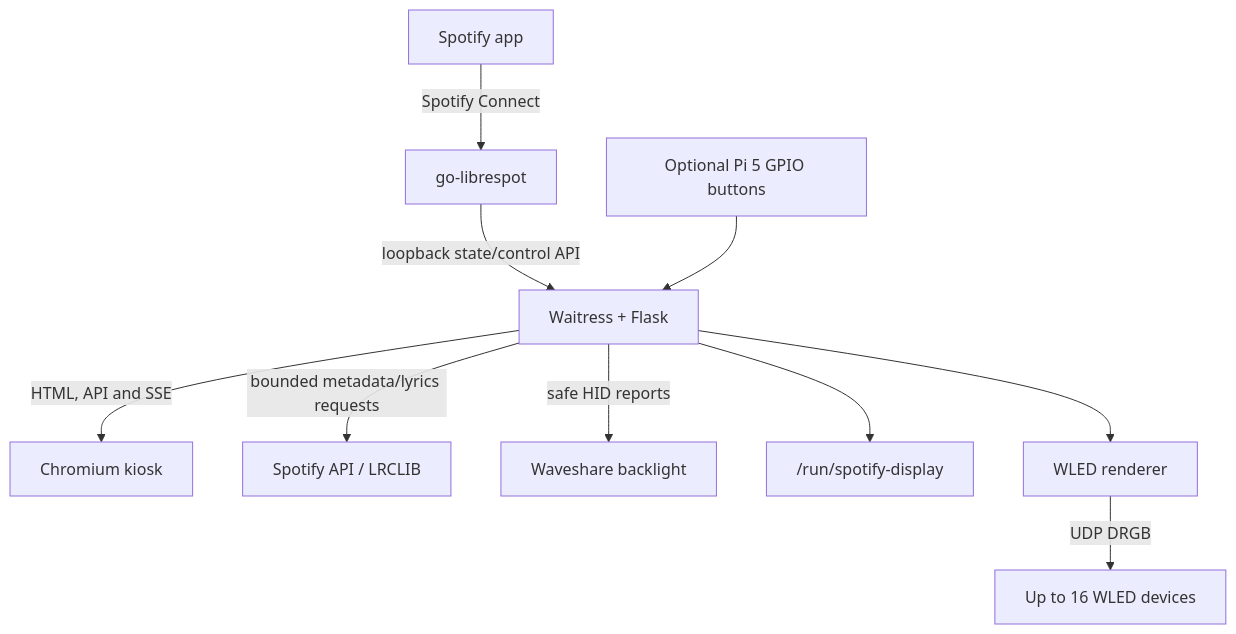
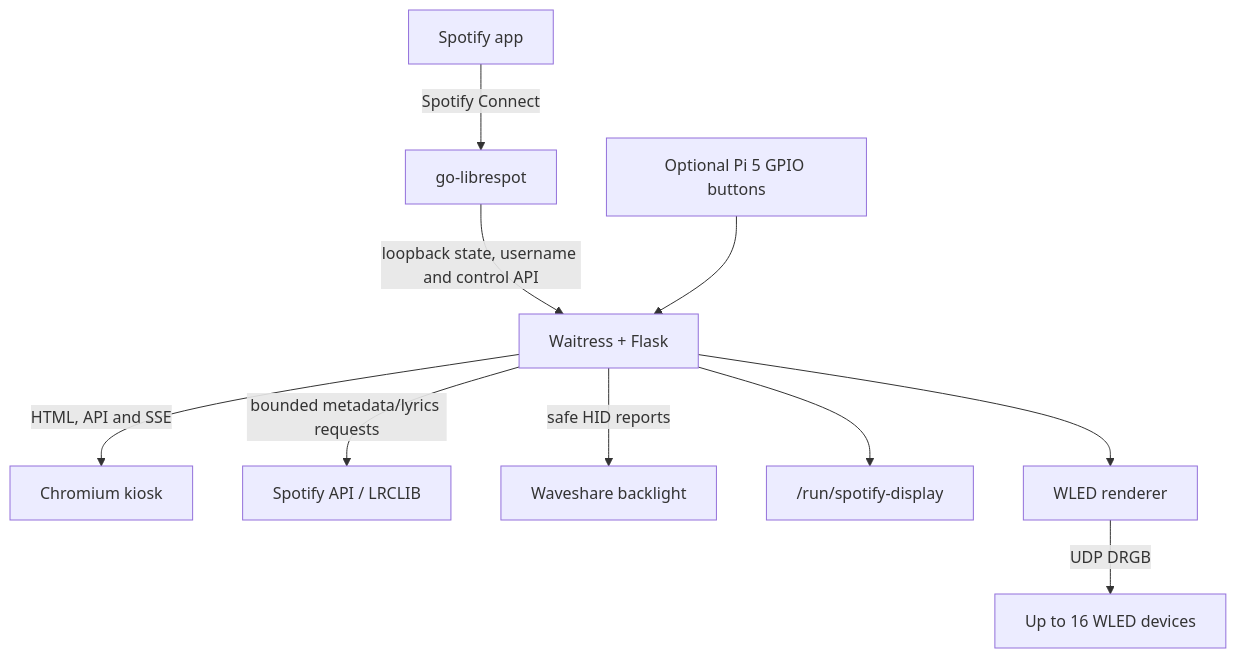
The diagram in README.md (nonlineartom/spotify-circular-display), drawn with Mermaid before and after one commit. The commit also changed other lines of this file and 67 other files, not shown here.

````diff
--- a/README.md
+++ b/README.md
@@ -63,12 +111,12 @@
 ```mermaid
 flowchart TD
     spotify["Spotify app"] -->|"Spotify Connect"| receiver["go-librespot"]
-    receiver -->|"loopback state/control API"| server["Waitress + Flask"]
+    receiver -->|"loopback state, username and control API"| server["Waitress + Flask"]
     server -->|"HTML, API and SSE"| kiosk["Chromium kiosk"]
     server -->|"bounded metadata/lyrics requests"| external["Spotify API / LRCLIB"]
     server -->|"safe HID reports"| panel["Waveshare backlight"]
     server --> state["/run/spotify-display"]
     server --> wled["WLED renderer"]
     wled -->|"UDP DRGB"| strips["Up to 16 WLED devices"]
     buttons["Optional Pi 5 GPIO buttons"] --> server
 ```
````
